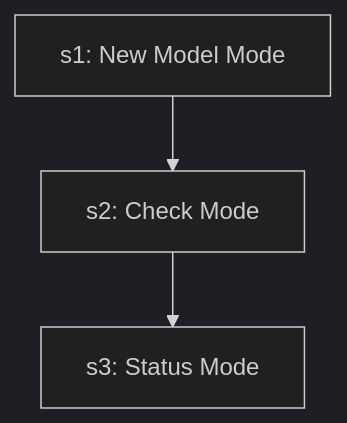
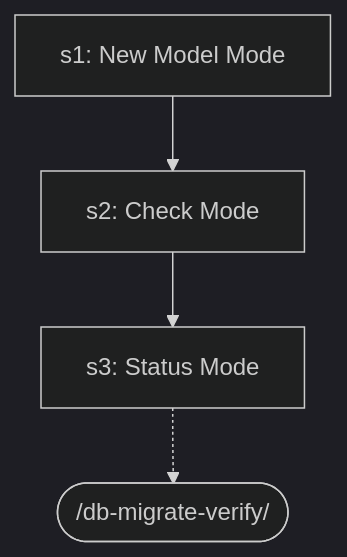
One commit to abhayla/claude-best-practices changed diagram 20 of 48 in docs/workflows/testing-pipeline.md. Above: the diagram before and after it, drawn with Mermaid (dark theme). The commit also changed other lines of this file and 12 other files, not shown here.

````diff
--- a/docs/workflows/testing-pipeline.md
+++ b/docs/workflows/testing-pipeline.md
@@ -990,8 +996,10 @@
 ```mermaid
 graph TD
     s1["s1: New Model Mode"]
     s2["s2: Check Mode"]
     s1 --> s2
     s3["s3: Status Mode"]
     s2 --> s3
+    db_migrate_verify_ext([/db-migrate-verify/])
+    s3 -.-> db_migrate_verify_ext
 ```
````
